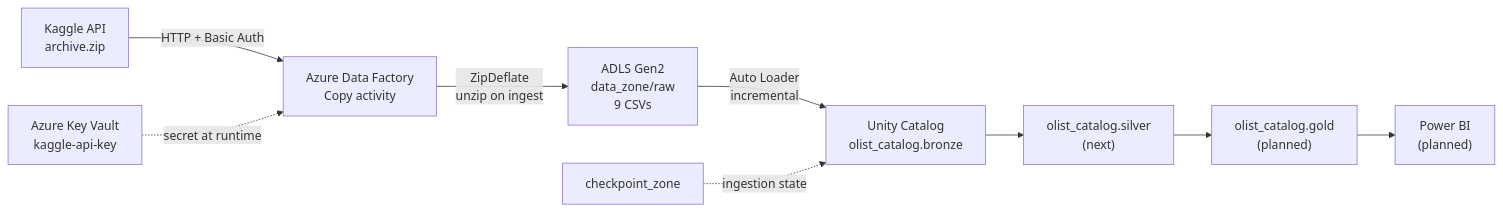
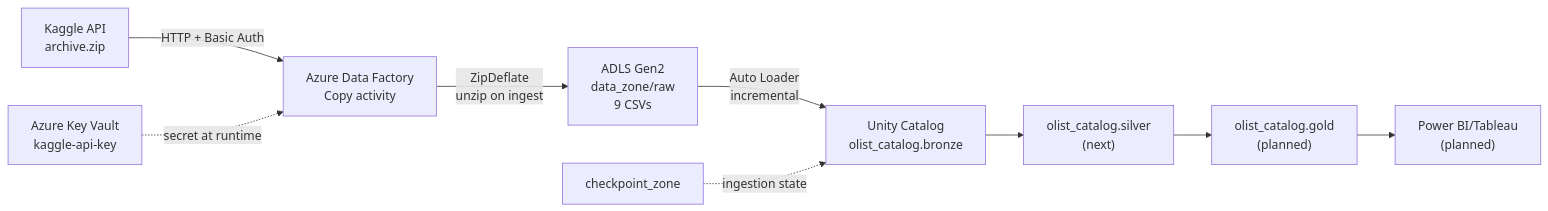
Before and after one commit to RolandAde/olist-data-engineering-pipeline: the diagram in README.md, drawn with Mermaid.

Commit message:
Update Power BI reference in README

````diff
--- a/README.md
+++ b/README.md
@@ -11,11 +11,11 @@
 ```mermaid
 flowchart LR
     K["Kaggle API<br/>archive.zip"] -->|"HTTP + Basic Auth"| ADF["Azure Data Factory<br/>Copy activity"]
     AKV["Azure Key Vault<br/>kaggle-api-key"] -.->|"secret at runtime"| ADF
     ADF -->|"ZipDeflate<br/>unzip on ingest"| RAW["ADLS Gen2<br/>data_zone/raw<br/>9 CSVs"]
     RAW -->|"Auto Loader<br/>incremental"| BRONZE["Unity Catalog<br/>olist_catalog.bronze"]
     BRONZE --> SILVER["olist_catalog.silver<br/>(next)"]
     SILVER --> GOLD["olist_catalog.gold<br/>(planned)"]
-    GOLD --> PBI["Power BI<br/>(planned)"]
+    GOLD --> PBI["Power BI/Tableau<br/>(planned)"]
     CP["checkpoint_zone"] -.->|"ingestion state"| BRONZE
 ```
````
